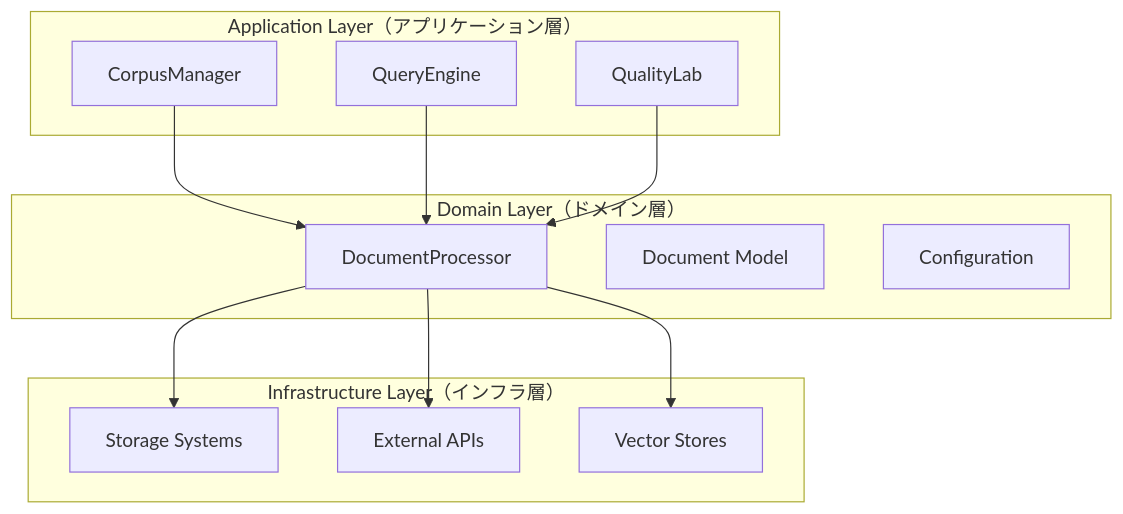
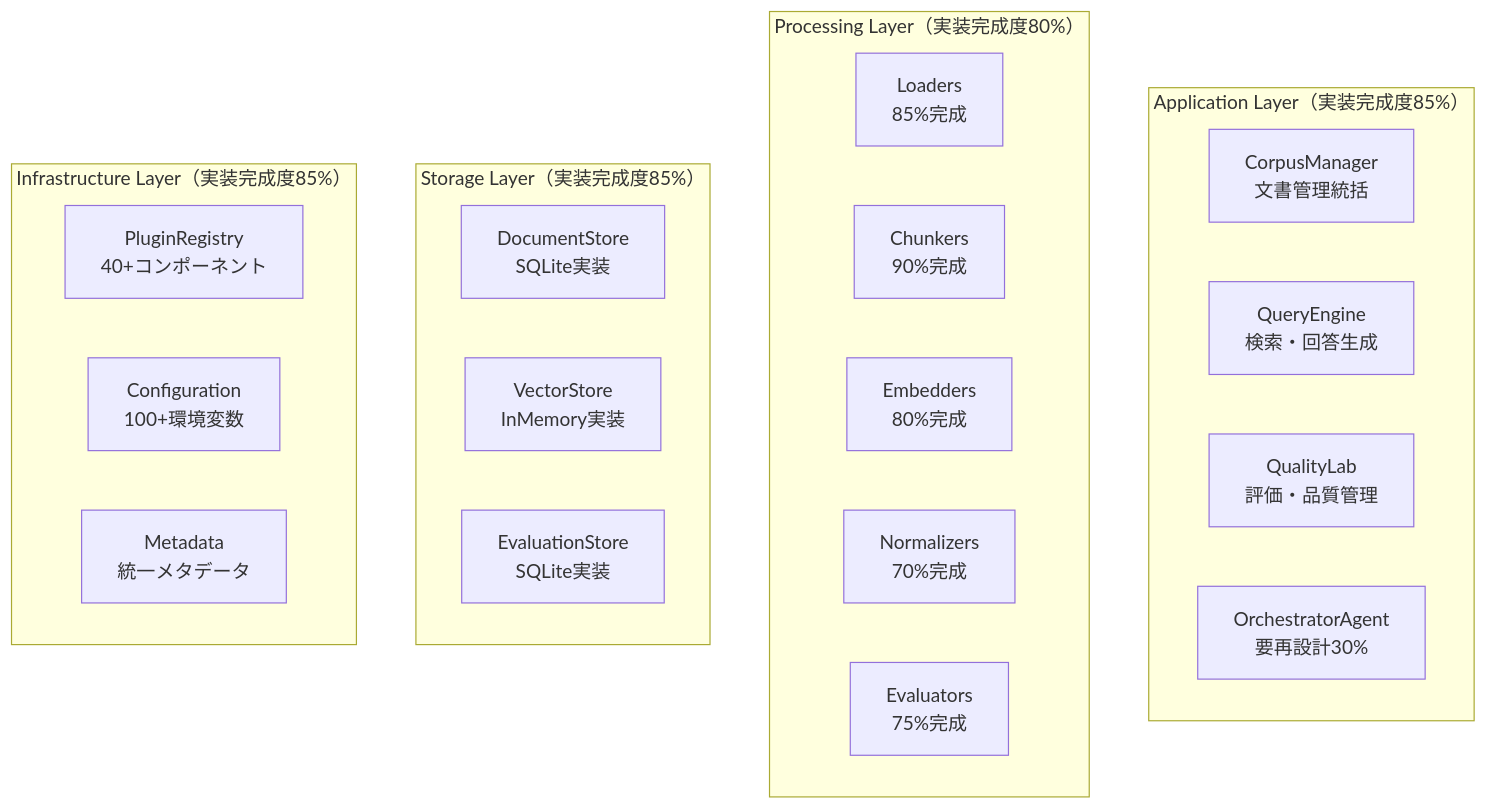
Before and after one commit to kitfactory/refinire_rag: the diagram in docs/concept.md, drawn with Mermaid. The commit also changed other lines of this file and 137 other files, not shown here.

````diff
--- a/docs/concept.md
+++ b/docs/concept.md
@@ -49,27 +52,29 @@
 ```mermaid
 graph TB
-    subgraph "Application Layer（アプリケーション層）"
-        A1[CorpusManager]
-        A2[QueryEngine]
-        A3[QualityLab]
+    subgraph "Application Layer（実装完成度85%）"
+        A1[CorpusManager<br/>文書管理統括]
+        A2[QueryEngine<br/>検索・回答生成]
+        A3[QualityLab<br/>評価・品質管理]
+        A4[OrchestratorAgent<br/>要再設計30%]
     end
     
-    subgraph "Domain Layer（ドメイン層）"
-        D1[DocumentProcessor]
-        D2[Document Model]
-        D3[Configuration]
+    subgraph "Processing Layer（実装完成度80%）"
+        P1[Loaders<br/>85%完成]
+        P2[Chunkers<br/>90%完成]
+        P3[Embedders<br/>80%完成]
+        P4[Normalizers<br/>70%完成]
+        P5[Evaluators<br/>75%完成]
     end
     
-    subgraph "Infrastructure Layer（インフラ層）"
-        I1[Storage Systems]
-        I2[External APIs]
-        I3[Vector Stores]
+    subgraph "Storage Layer（実装完成度85%）"
+        S1[DocumentStore<br/>SQLite実装]
+        S2[VectorStore<br/>InMemory実装]
+        S3[EvaluationStore<br/>SQLite実装]
     end
     
-    A1 --> D1
-    A2 --> D1
-    A3 --> D1
-    D1 --> I1
-    D1 --> I2
-    D1 --> I3
+    subgraph "Infrastructure Layer（実装完成度85%）"
+        I1[PluginRegistry<br/>40+コンポーネント]
+        I2[Configuration<br/>100+環境変数]
+        I3[Metadata<br/>統一メタデータ]
+    end
 ```
````
